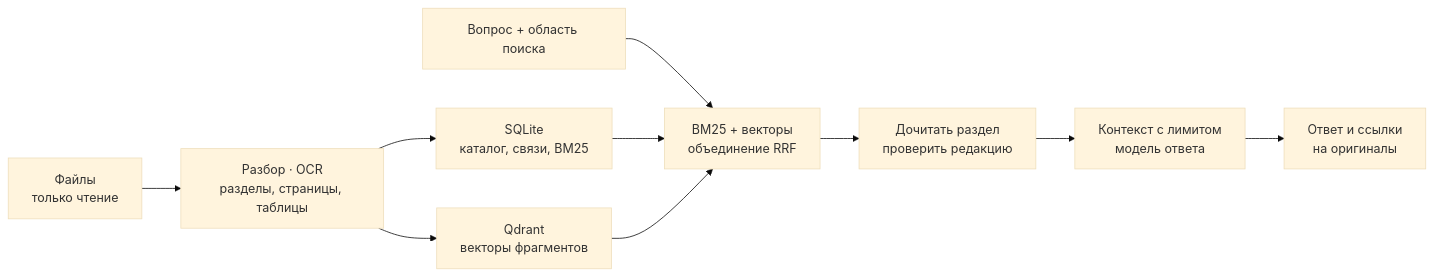
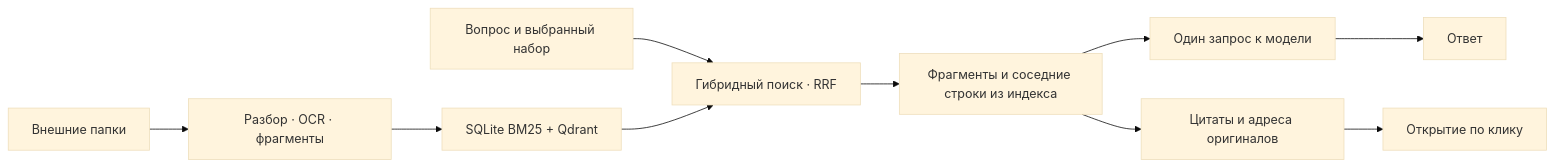
One commit to proovcme/LES changed the diagram in README.md. Above: the diagram before and after it, drawn with Mermaid (base theme). The commit also changed other lines of this file and 57 other files, not shown here.

````diff
--- a/README.md
+++ b/README.md
@@ -10,12 +10,12 @@
 ```mermaid
 flowchart LR
-    A["Файлы<br/>только чтение"] --> B["Разбор · OCR<br/>разделы, страницы, таблицы"]
-    B --> C["SQLite<br/>каталог, связи, BM25"]
-    B --> D["Qdrant<br/>векторы фрагментов"]
-    Q["Вопрос + область поиска"] --> E["BM25 + векторы<br/>объединение RRF"]
-    C --> E
-    D --> E
-    E --> F["Дочитать раздел<br/>проверить редакцию"]
-    F --> G["Контекст с лимитом<br/>модель ответа"]
-    G --> H["Ответ и ссылки<br/>на оригиналы"]
+    A["Внешние папки"] --> B["Разбор · OCR · фрагменты"]
+    B --> C["SQLite BM25 + Qdrant"]
+    Q["Вопрос и выбранный набор"] --> D["Гибридный поиск · RRF"]
+    C --> D
+    D --> E["Фрагменты и соседние строки из индекса"]
+    E --> F["Один запрос к модели"]
+    F --> G["Ответ"]
+    E --> H["Цитаты и адреса оригиналов"]
+    H --> I["Открытие по клику"]
 ```
````
